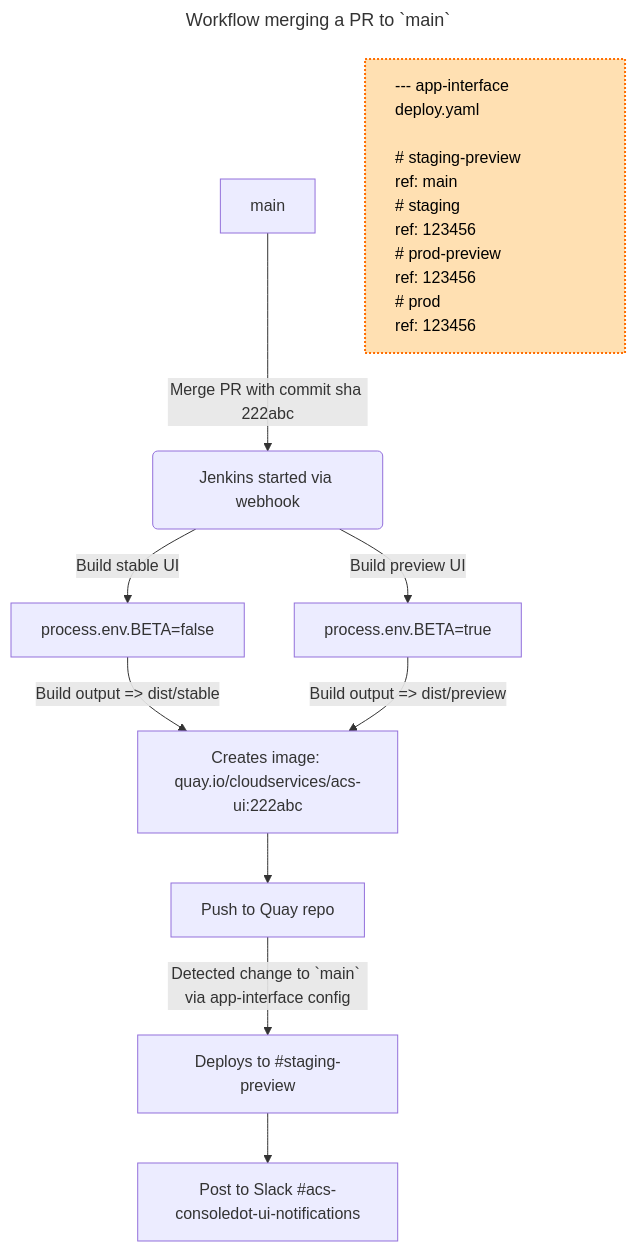
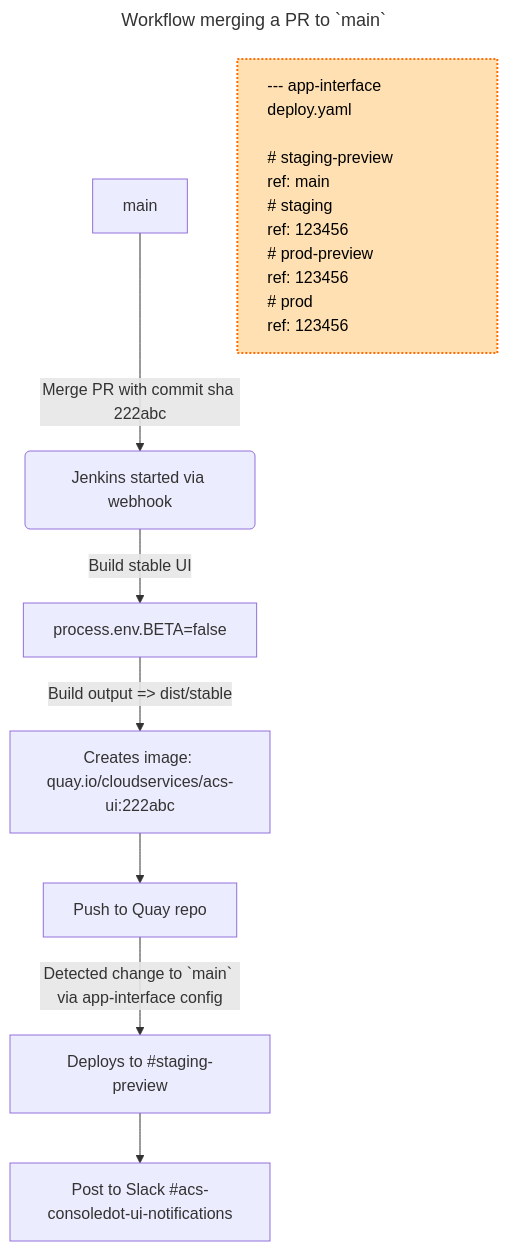
The first of 2 diagrams in README.md (RedHatInsights/acs-ui), drawn with Mermaid before and after one commit. The commit also changed other lines of this file, not shown here.

````diff
--- a/README.md
+++ b/README.md
@@ -77,16 +75,14 @@
 ```mermaid
 ---
 title: Workflow merging a PR to `main`
 ---
 flowchart TD
     A["main"] -- Merge PR with commit sha 222abc --> B("Jenkins started via webhook")
     B -- Build stable UI --> D["process.env.BETA=false"]
-    B -- Build preview UI --> E["process.env.BETA=true"]
     D -- Build output => dist/stable --> node_evlmrmo2a["Creates image: quay.io/cloudservices/acs-ui:222abc"]
-    E -- Build output => dist/preview --> node_evlmrmo2a
     node_evlmrmo2a --> node_w61zluy7f["Push to Quay repo"]
     node_w61zluy7f -- Detected change to `main` via app-interface config --> node_5d086iej9["Deploys to #staging-preview"]
     node_5d086iej9 --> node_shzevizbp["Post to Slack #acs-consoledot-ui-notifications"]
       node_04z47zuwh["--- app-interface deploy.yaml\n\n# staging-preview\nref: main\n# staging\nref: 123456\n# prod-preview\nref: 123456\n# prod\nref: 123456"]
     style node_04z47zuwh text-align:left,stroke-width:2px,stroke-dasharray: 2,stroke:#FF6D00,fill:#FFE0B2,color:#000000
 ```
````
